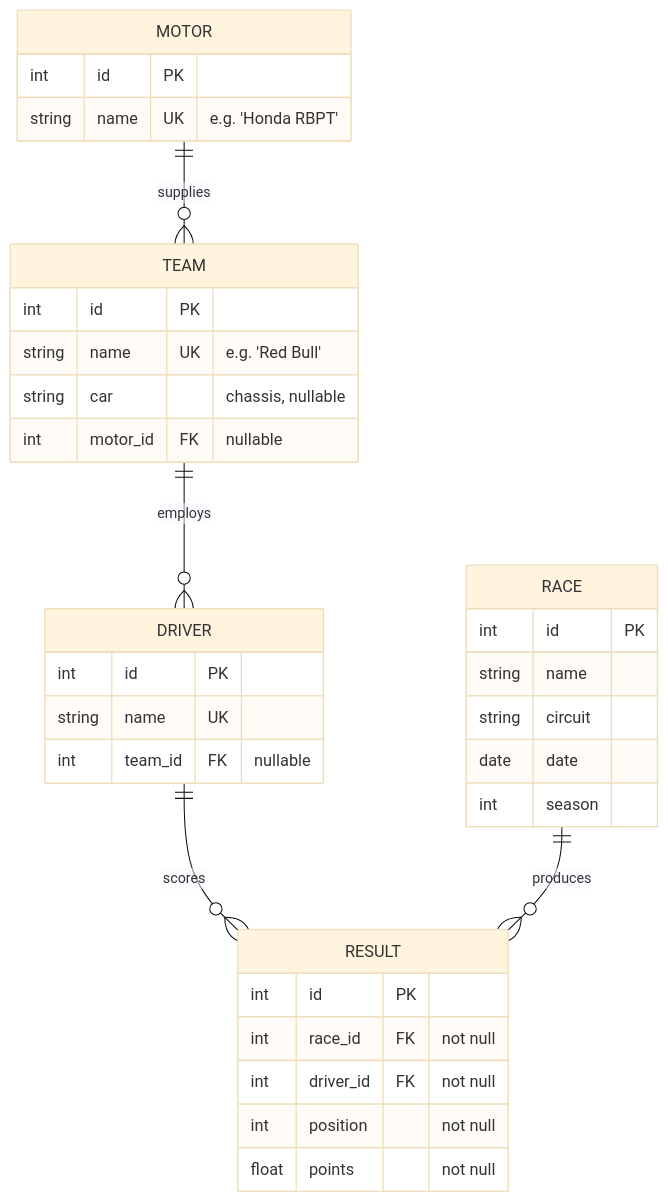
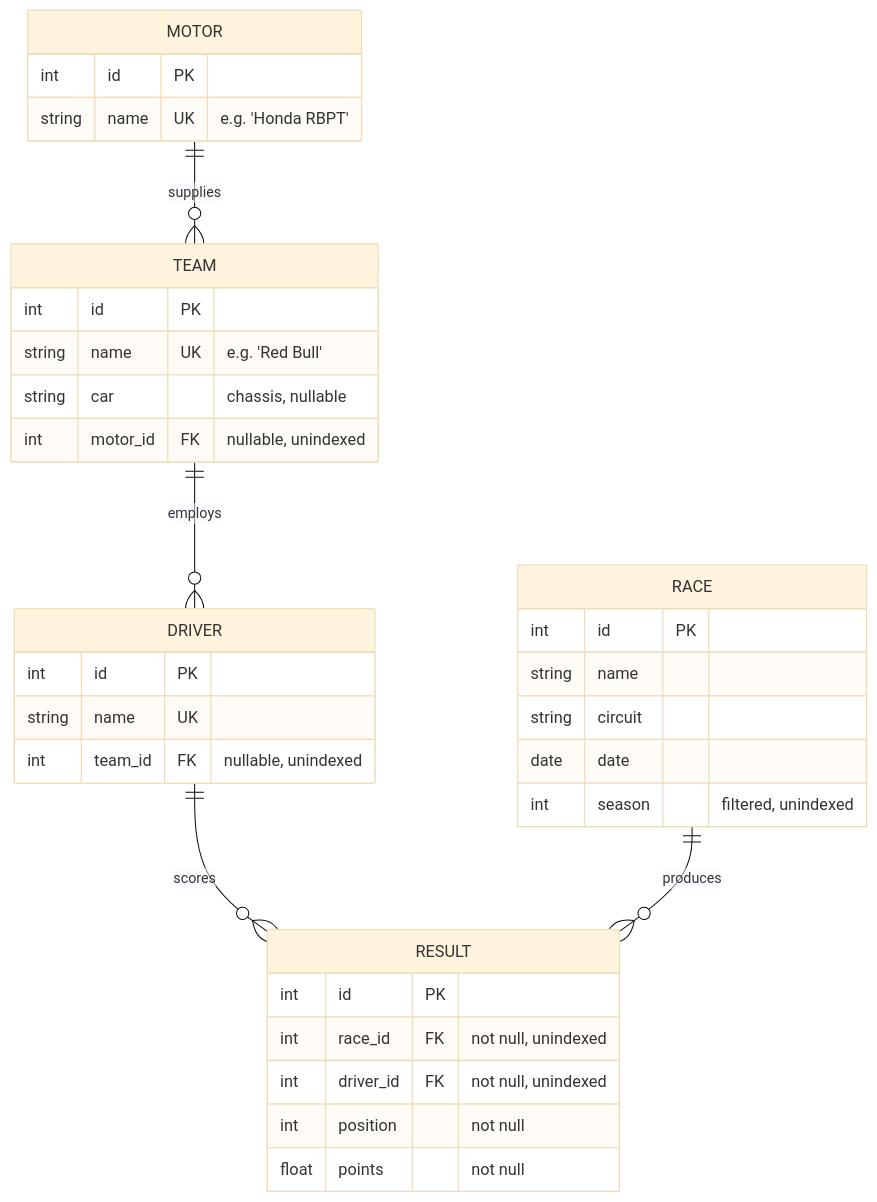
The second of 3 diagrams in docs/EXPLAINED.md (OzwP/f1-api), drawn with Mermaid (base theme) before and after one commit. The commit also changed other lines of this file and 3 other files, not shown here.

````diff
--- a/docs/EXPLAINED.md
+++ b/docs/EXPLAINED.md
@@ -235,37 +339,37 @@
 ```mermaid
 erDiagram
     MOTOR  ||--o{ TEAM   : "supplies"
     TEAM   ||--o{ DRIVER : "employs"
     DRIVER ||--o{ RESULT : "scores"
     RACE   ||--o{ RESULT : "produces"
 
     MOTOR {
         int id PK
         string name UK "e.g. 'Honda RBPT'"
     }
     TEAM {
         int id PK
         string name UK "e.g. 'Red Bull'"
         string car "chassis, nullable"
-        int motor_id FK "nullable"
+        int motor_id FK "nullable, unindexed"
     }
     DRIVER {
         int id PK
         string name UK
-        int team_id FK "nullable"
+        int team_id FK "nullable, unindexed"
     }
     RACE {
         int id PK
         string name
         string circuit
         date date
-        int season
+        int season "filtered, unindexed"
     }
     RESULT {
         int id PK
-        int race_id FK "not null"
-        int driver_id FK "not null"
+        int race_id FK "not null, unindexed"
+        int driver_id FK "not null, unindexed"
         int position "not null"
         float points "not null"
     }
 ```
````
